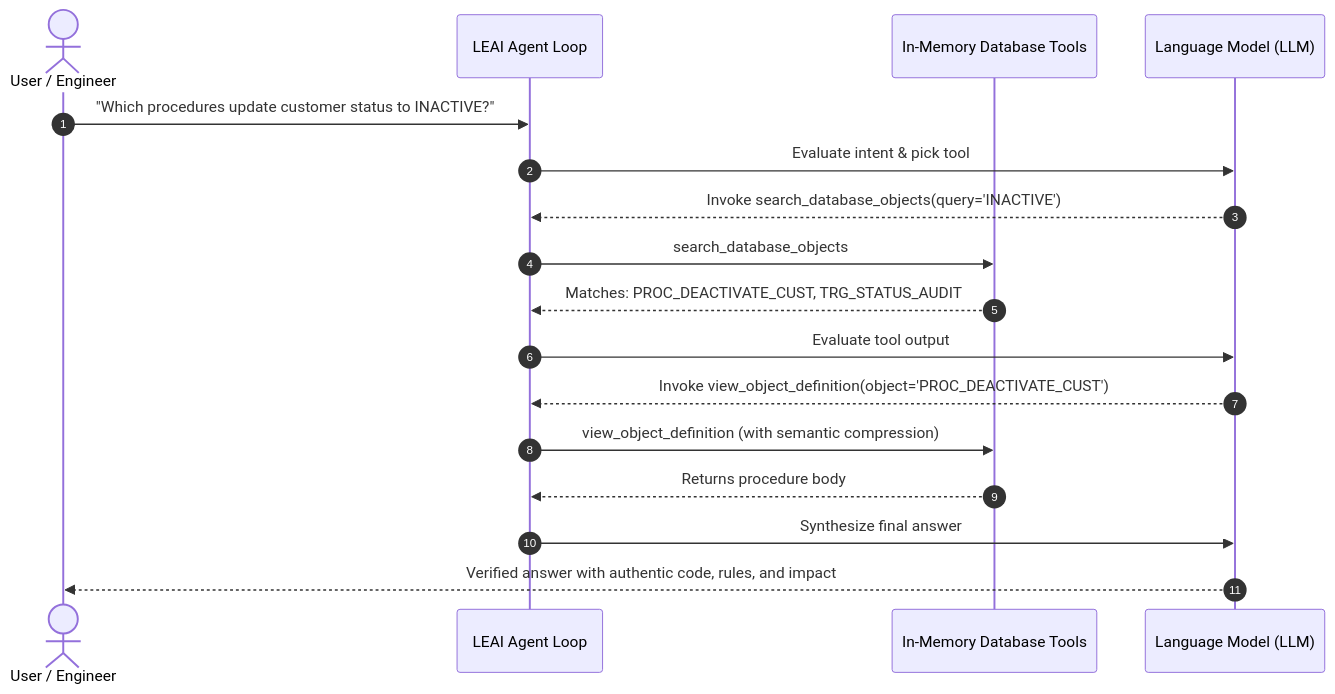
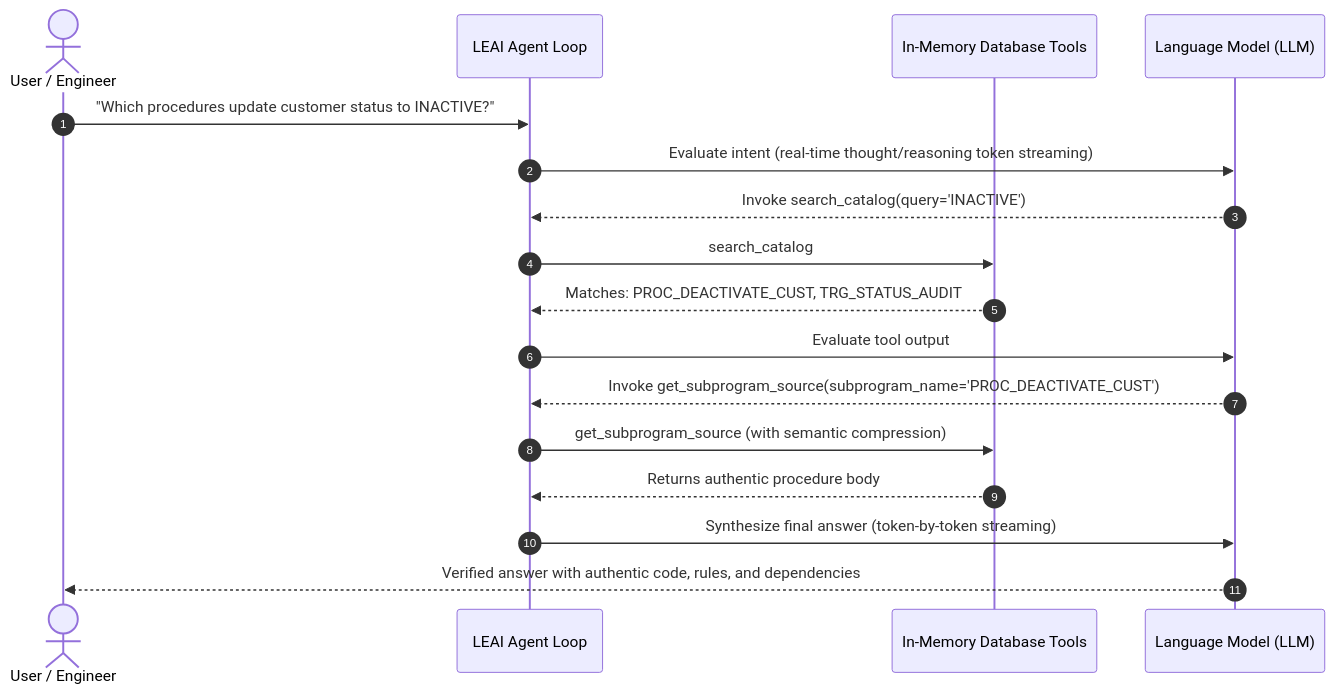
Before and after one commit to lucasbral/leai: the diagram in documentation/ai-and-rag/autonomous-agent.en.md, drawn with Mermaid. The commit also changed other lines of this file and 43 other files, not shown here.

Commit message:
feat(ai,tui,workflows): add SQL tuning, Oracle validation, reverse-procedure workflow, thought streaming, and modernized TUI

````diff
--- a/documentation/ai-and-rag/autonomous-agent.en.md
+++ b/documentation/ai-and-rag/autonomous-agent.en.md
@@ -9,20 +9,20 @@
 ```mermaid
 sequenceDiagram
     autonumber
     actor Dev as User / Engineer
     participant Agent as LEAI Agent Loop
     participant Tools as In-Memory Database Tools
     participant LLM as Language Model (LLM)
 
     Dev->>Agent: "Which procedures update customer status to INACTIVE?"
-    Agent->>LLM: Evaluate intent & pick tool
-    LLM-->>Agent: Invoke search_database_objects(query='INACTIVE')
-    Agent->>Tools: search_database_objects
+    Agent->>LLM: Evaluate intent (real-time thought/reasoning token streaming)
+    LLM-->>Agent: Invoke search_catalog(query='INACTIVE')
+    Agent->>Tools: search_catalog
     Tools-->>Agent: Matches: PROC_DEACTIVATE_CUST, TRG_STATUS_AUDIT
     Agent->>LLM: Evaluate tool output
-    LLM-->>Agent: Invoke view_object_definition(object='PROC_DEACTIVATE_CUST')
-    Agent->>Tools: view_object_definition (with semantic compression)
-    Tools-->>Agent: Returns procedure body
-    Agent->>LLM: Synthesize final answer
-    LLM-->>Dev: Verified answer with authentic code, rules, and impact
+    LLM-->>Agent: Invoke get_subprogram_source(subprogram_name='PROC_DEACTIVATE_CUST')
+    Agent->>Tools: get_subprogram_source (with semantic compression)
+    Tools-->>Agent: Returns authentic procedure body
+    Agent->>LLM: Synthesize final answer (token-by-token streaming)
+    LLM-->>Dev: Verified answer with authentic code, rules, and dependencies
 ```
````
